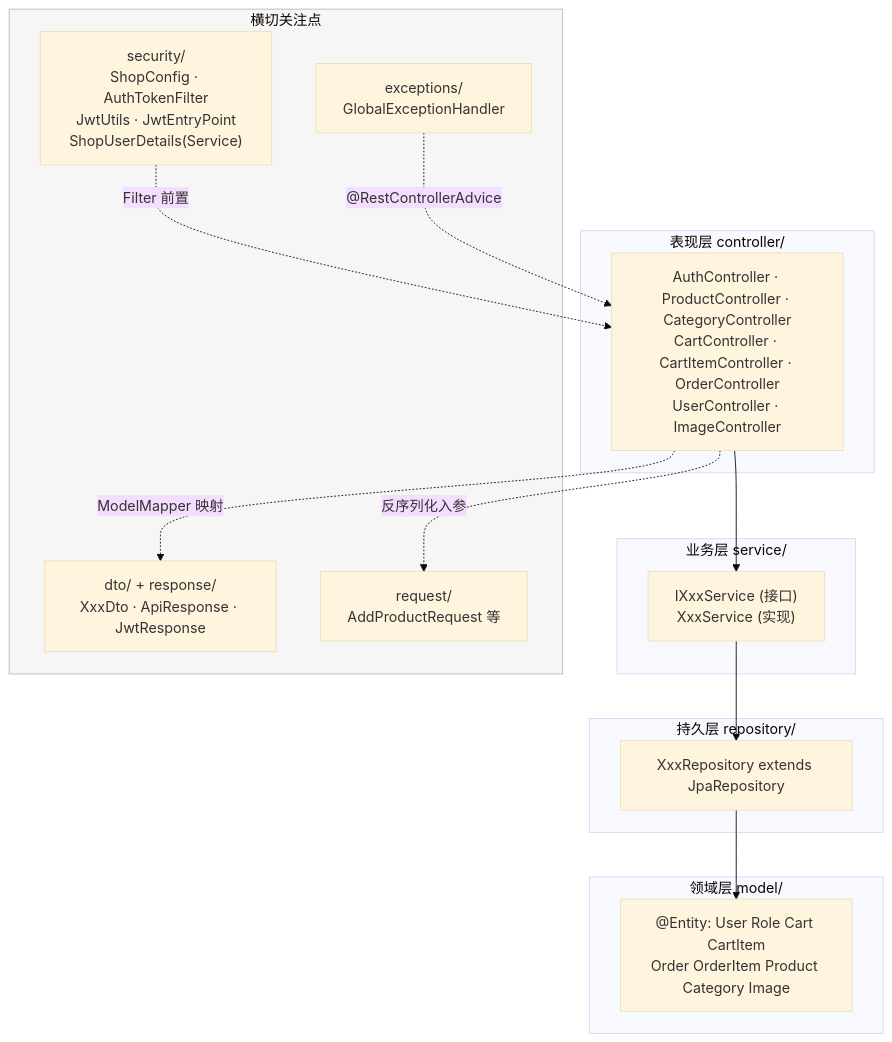
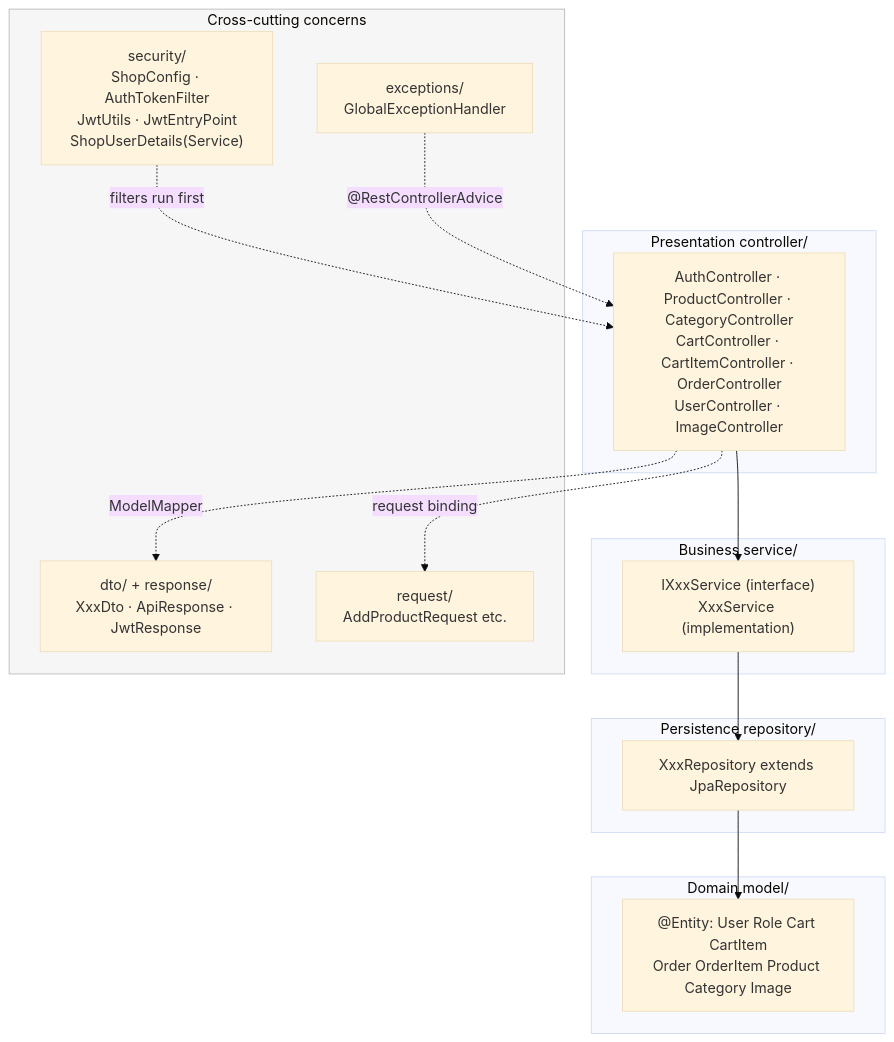
The third of 24 diagrams in DESIGN.md (Chuan-Qiu/buynowdotcom), drawn with Mermaid (base theme) before and after one commit. The commit also changed other lines of this file and 26 other files, not shown here.

````diff
--- a/DESIGN.md
+++ b/DESIGN.md
@@ -150,32 +149,32 @@
 ```mermaid
 flowchart TB
-    subgraph L1["表现层 controller/"]
+    subgraph L1["Presentation controller/"]
         C["AuthController · ProductController · CategoryController<br/>CartController · CartItemController · OrderController<br/>UserController · ImageController"]
     end
-    subgraph L2["业务层 service/"]
-        S["IXxxService (接口)<br/>XxxService (实现)"]
+    subgraph L2["Business service/"]
+        S["IXxxService (interface)<br/>XxxService (implementation)"]
     end
-    subgraph L3["持久层 repository/"]
+    subgraph L3["Persistence repository/"]
         R["XxxRepository extends JpaRepository"]
     end
-    subgraph L4["领域层 model/"]
+    subgraph L4["Domain model/"]
         M["@Entity: User Role Cart CartItem<br/>Order OrderItem Product Category Image"]
     end
 
-    subgraph Cross["横切关注点"]
+    subgraph Cross["Cross-cutting concerns"]
         SEC["security/<br/>ShopConfig · AuthTokenFilter<br/>JwtUtils · JwtEntryPoint<br/>ShopUserDetails(Service)"]
         EX["exceptions/<br/>GlobalExceptionHandler"]
         DTO["dto/ + response/<br/>XxxDto · ApiResponse · JwtResponse"]
-        REQ["request/<br/>AddProductRequest 等"]
+        REQ["request/<br/>AddProductRequest etc."]
     end
 
     C --> S
     S --> R
     R --> M
-    C -.->|ModelMapper 映射| DTO
-    C -.->|反序列化入参| REQ
-    SEC -.->|Filter 前置| C
+    C -.->|ModelMapper| DTO
+    C -.->|request binding| REQ
+    SEC -.->|filters run first| C
     EX -.->|"@RestControllerAdvice"| C
 
     style Cross fill:#f6f6f6,stroke:#bbb
 ```
````
